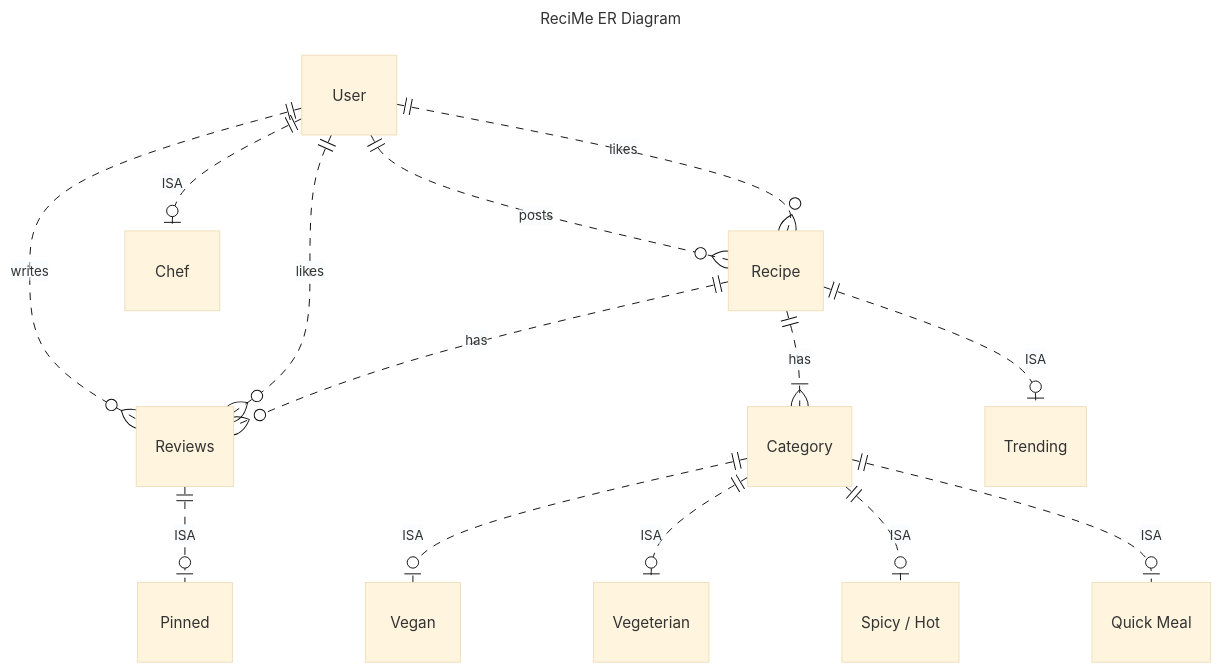
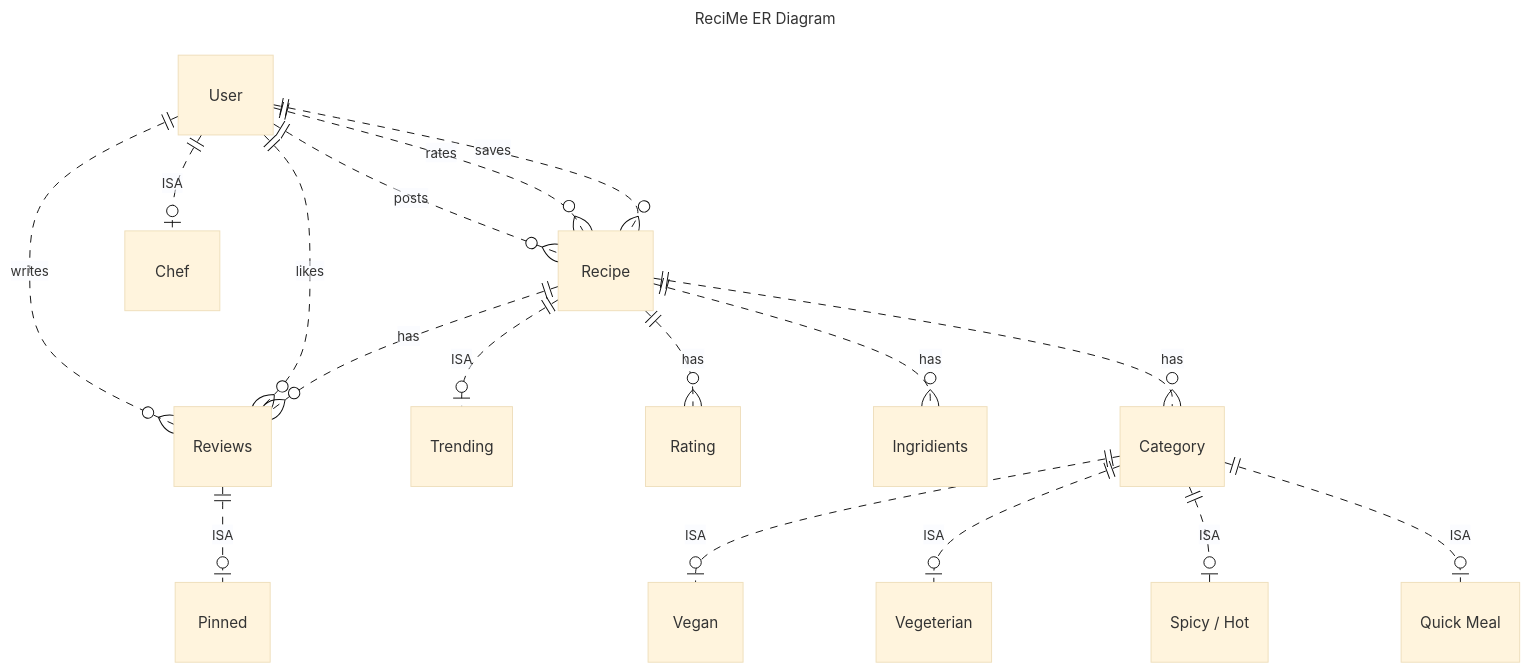
One commit to RECI-ME/reciMe changed the diagram in misc/er_diagram.mermaid. Above: the diagram before and after it, drawn with Mermaid (base theme).

```diff
--- a/misc/er_diagram.mermaid
+++ b/misc/er_diagram.mermaid
@@ -1,17 +1,20 @@
 ---
 title: ReciMe ER Diagram
 ---
 erDiagram
     User ||..o{ Recipe :posts
     User ||..o| Chef :ISA
-    User ||..o{ Recipe :likes
+    User ||..o{ Recipe :rates
     User ||..o{ Reviews :writes
     User ||..o{ Reviews :likes
+    User ||..o{ Recipe : saves
+    Recipe ||..o| Trending :ISA
     Recipe ||..o{ Reviews :has
-    Recipe ||..|{ Category :has
-    Recipe ||..o| Trending :ISA
+    Recipe ||..o{ Rating :has
+    Recipe||..o{ Ingridients :has
+    Recipe ||..o{ Category :has
     Category ||..o| Vegan :ISA
     Category ||..o| Vegeterian :ISA
     Category ||..o| "Spicy / Hot" :ISA    
     Category ||..o| "Quick Meal" :ISA   
     Reviews ||..o| Pinned :ISA 
```
